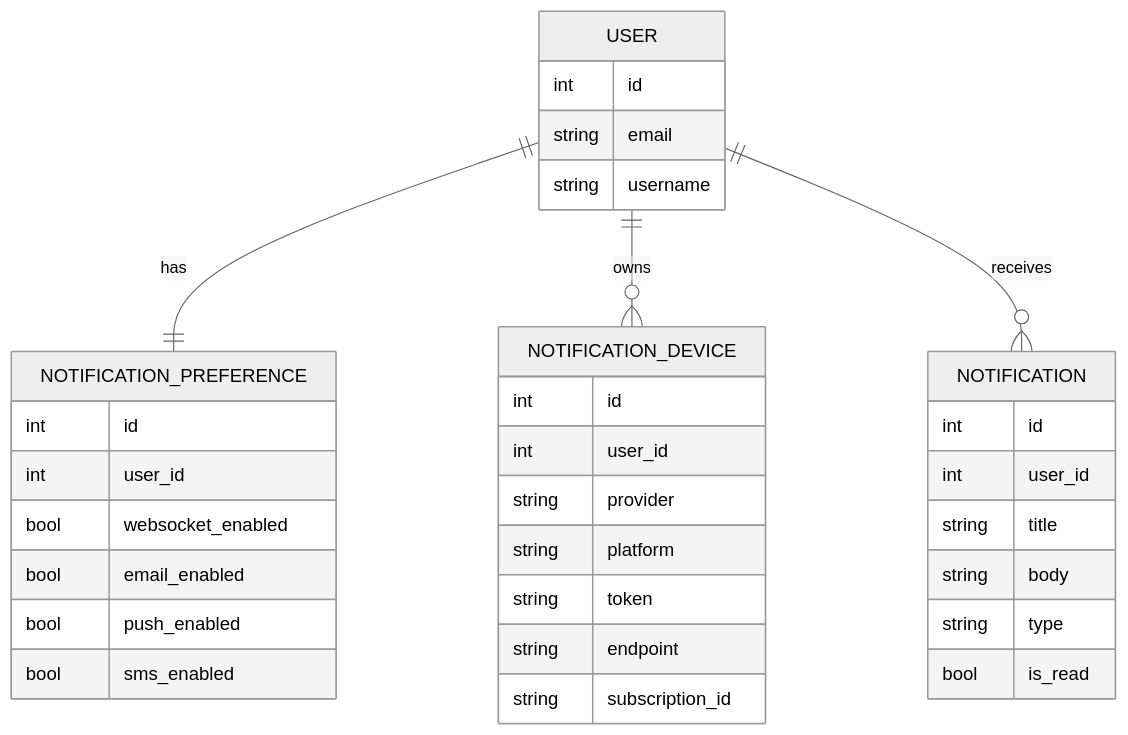
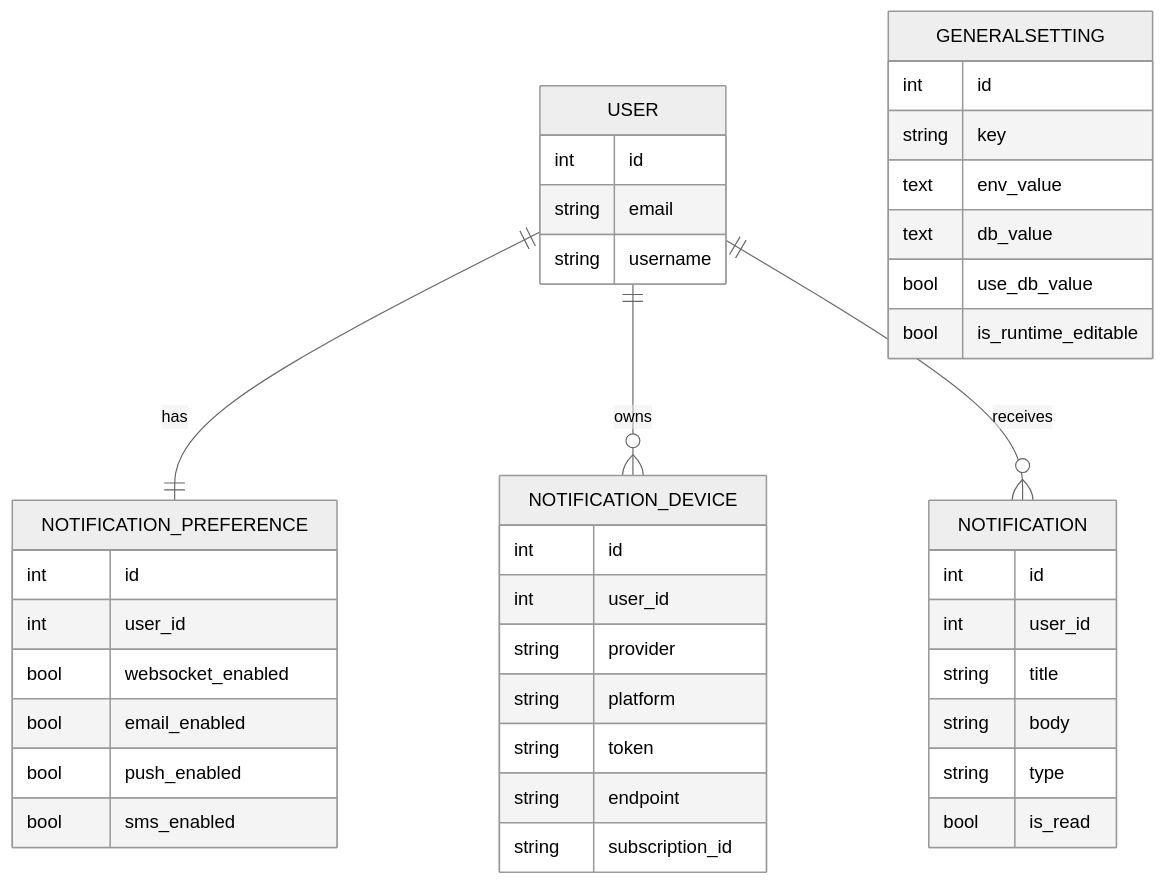
The diagram in docs/detailed-design/erd-database-schema.md (0Ankit0/fastapi_template), drawn with Mermaid (neutral theme) before and after one commit. The commit also changed other lines of this file and 8 other files, not shown here.

````diff
--- a/docs/detailed-design/erd-database-schema.md
+++ b/docs/detailed-design/erd-database-schema.md
@@ -3,37 +3,45 @@
 ```mermaid
 erDiagram
   USER ||--|| NOTIFICATION_PREFERENCE : has
   USER ||--o{ NOTIFICATION_DEVICE : owns
   USER ||--o{ NOTIFICATION : receives
+  GENERALSETTING {
+    int id
+    string key
+    text env_value
+    text db_value
+    bool use_db_value
+    bool is_runtime_editable
+  }
 
   USER {
     int id
     string email
     string username
   }
   NOTIFICATION_PREFERENCE {
     int id
     int user_id
     bool websocket_enabled
     bool email_enabled
     bool push_enabled
     bool sms_enabled
   }
   NOTIFICATION_DEVICE {
     int id
     int user_id
     string provider
     string platform
     string token
     string endpoint
     string subscription_id
   }
   NOTIFICATION {
     int id
     int user_id
     string title
     string body
     string type
     bool is_read
   }
 ```
````
